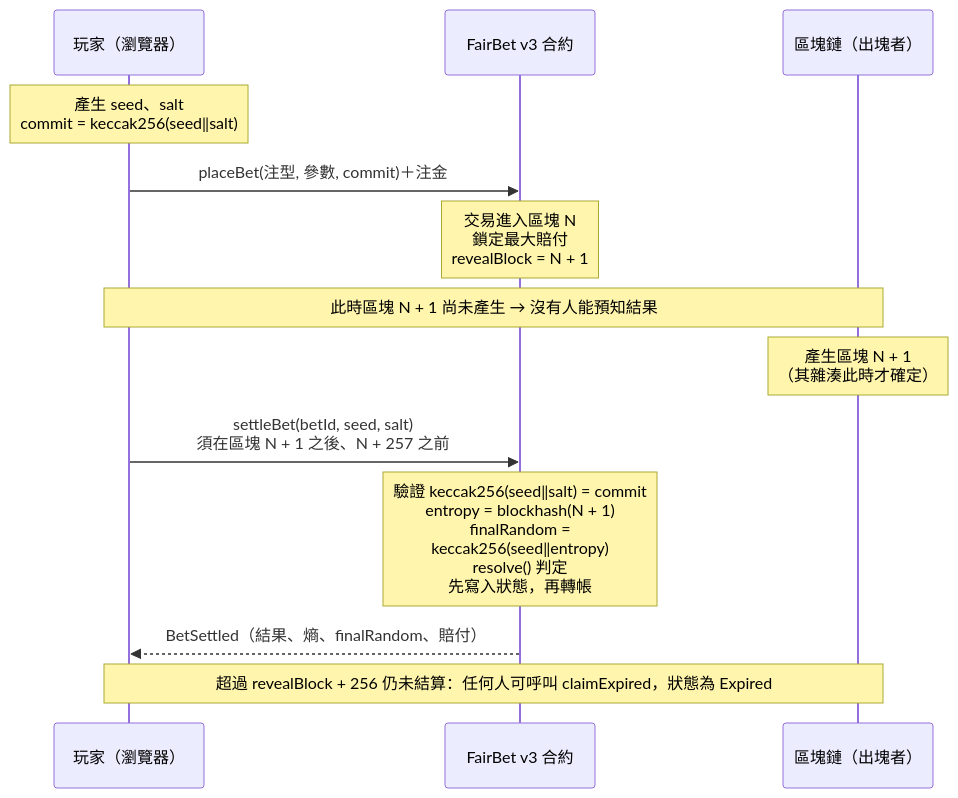
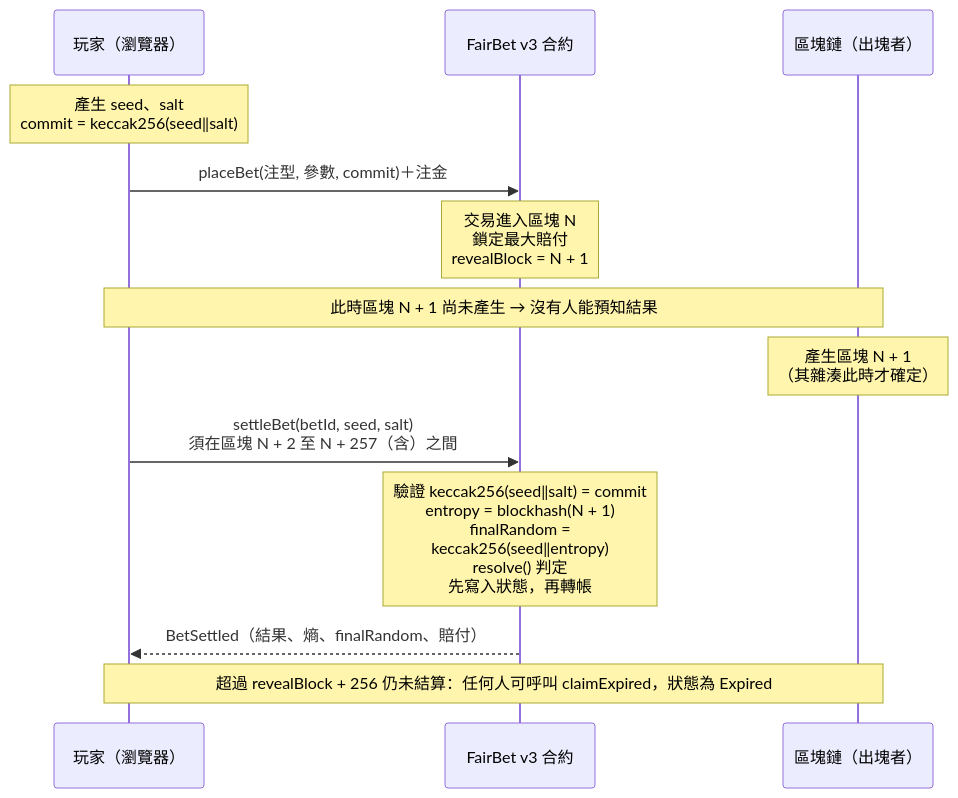
One commit to chien0701/Blockchain-Game changed the diagram in docs/專題本/圖/src/fig02_protocol.mmd. Above: the diagram before and after it, drawn with Mermaid. The commit also changed 14 other files, not shown here.

First line of the commit message:
docs: 專題本校稿修正、海報 V3、圖二開獎區間修正

```diff
--- a/docs/專題本/圖/src/fig02_protocol.mmd
+++ b/docs/專題本/圖/src/fig02_protocol.mmd
@@ -1,13 +1,13 @@
 sequenceDiagram
   participant P as 玩家（瀏覽器）
   participant C as FairBet v3 合約
   participant B as 區塊鏈（出塊者）
   Note over P: 產生 seed、salt<br/>commit = keccak256(seed‖salt)
   P->>C: placeBet(注型, 參數, commit)＋注金
   Note over C: 交易進入區塊 N<br/>鎖定最大賠付<br/>revealBlock = N + 1
   Note over P,B: 此時區塊 N + 1 尚未產生 → 沒有人能預知結果
   Note over B: 產生區塊 N + 1<br/>（其雜湊此時才確定）
-  P->>C: settleBet(betId, seed, salt)<br/>須在區塊 N + 1 之後、N + 257 之前
+  P->>C: settleBet(betId, seed, salt)<br/>須在區塊 N + 2 至 N + 257（含）之間
   Note over C: 驗證 keccak256(seed‖salt) = commit<br/>entropy = blockhash(N + 1)<br/>finalRandom =<br/>keccak256(seed‖entropy)<br/>resolve() 判定<br/>先寫入狀態，再轉帳
   C-->>P: BetSettled（結果、熵、finalRandom、賠付）
   Note over P,B: 超過 revealBlock + 256 仍未結算：任何人可呼叫 claimExpired，狀態為 Expired
```
